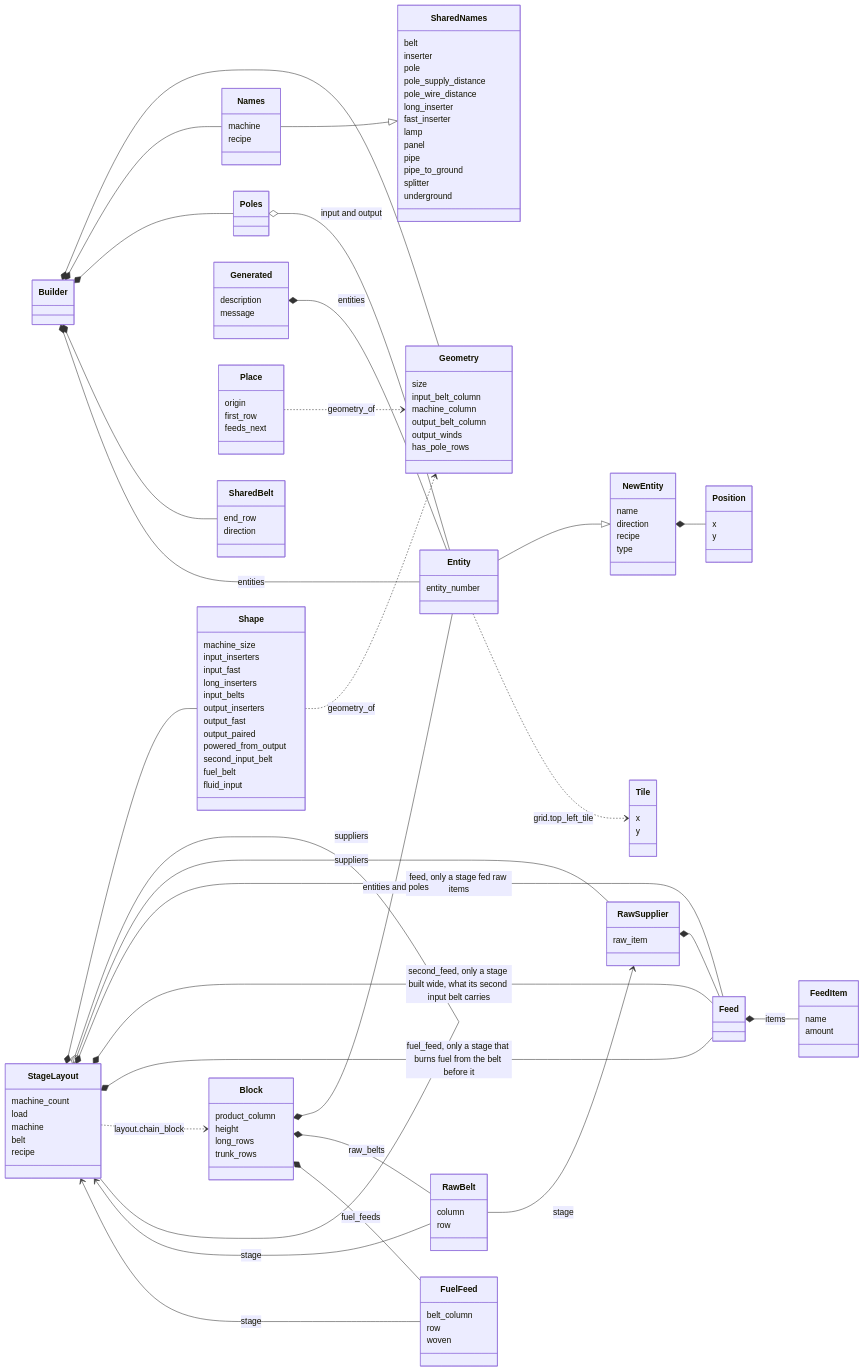
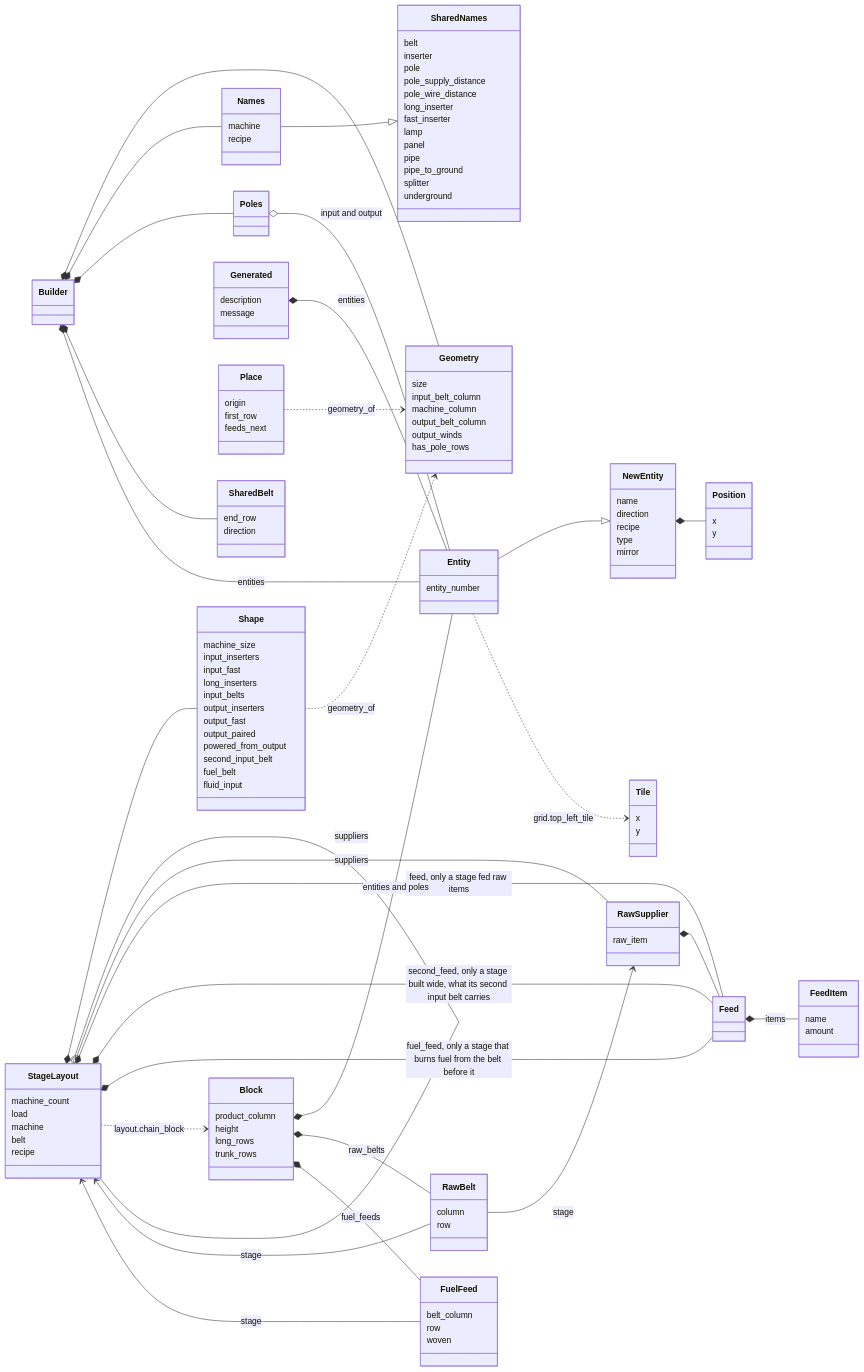
Before and after one commit to RibbonedAce/factorio-blueprint-generation: the fourth of 6 diagrams in TYPES.md, drawn with Mermaid. The commit also changed other lines of this file and 17 other files, not shown here.

```diff
--- a/TYPES.md
+++ b/TYPES.md
@@ -328,6 +328,7 @@
     direction
     recipe
     type
+    mirror
   }
   class Entity {
     entity_number
```
